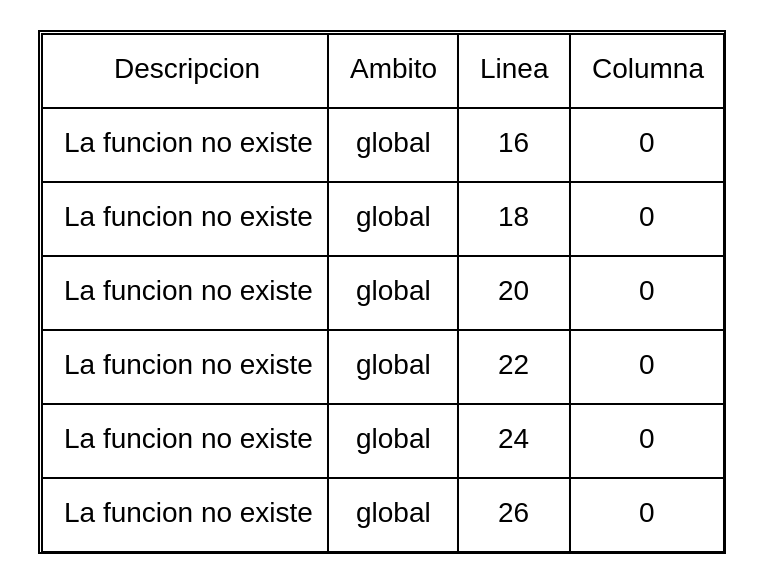
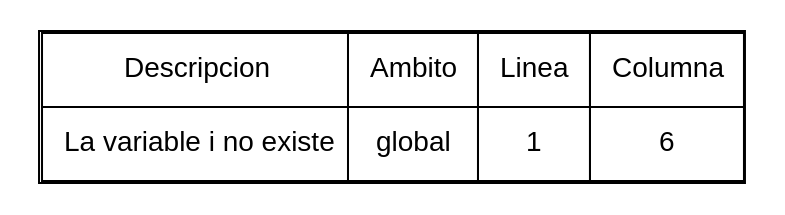
The diagram in reports/graphErr.dot (Noel1903/OLC2_P12S201900822), drawn with Graphviz before and after one commit. The commit also changed 4 other files, not shown here.

```diff
--- a/reports/graphErr.dot
+++ b/reports/graphErr.dot
@@ -1,9 +1,9 @@
 
 digraph G{
 fontname="Helvetica,Arial,sans-serif";
 node [fontname="Helvetica,Arial,sans-serif"];
 a0 [shape=none label=<
 <TABLE border="1" cellspacing="0" cellpadding="10">
 <tr><td>Descripcion</td><td>Ambito</td><td>Linea</td><td>Columna</td></tr>
-<tr><td>La funcion no existe</td><td>global</td><td>16</td><td>0</td></tr><tr><td>La funcion no existe</td><td>global</td><td>18</td><td>0</td></tr><tr><td>La funcion no existe</td><td>global</td><td>20</td><td>0</td></tr><tr><td>La funcion no existe</td><td>global</td><td>22</td><td>0</td></tr><tr><td>La funcion no existe</td><td>global</td><td>24</td><td>0</td></tr><tr><td>La funcion no existe</td><td>global</td><td>26</td><td>0</td></tr></TABLE>>];
+<tr><td>La variable i no existe</td><td>global</td><td>1</td><td>6</td></tr></TABLE>>];
 }
```
